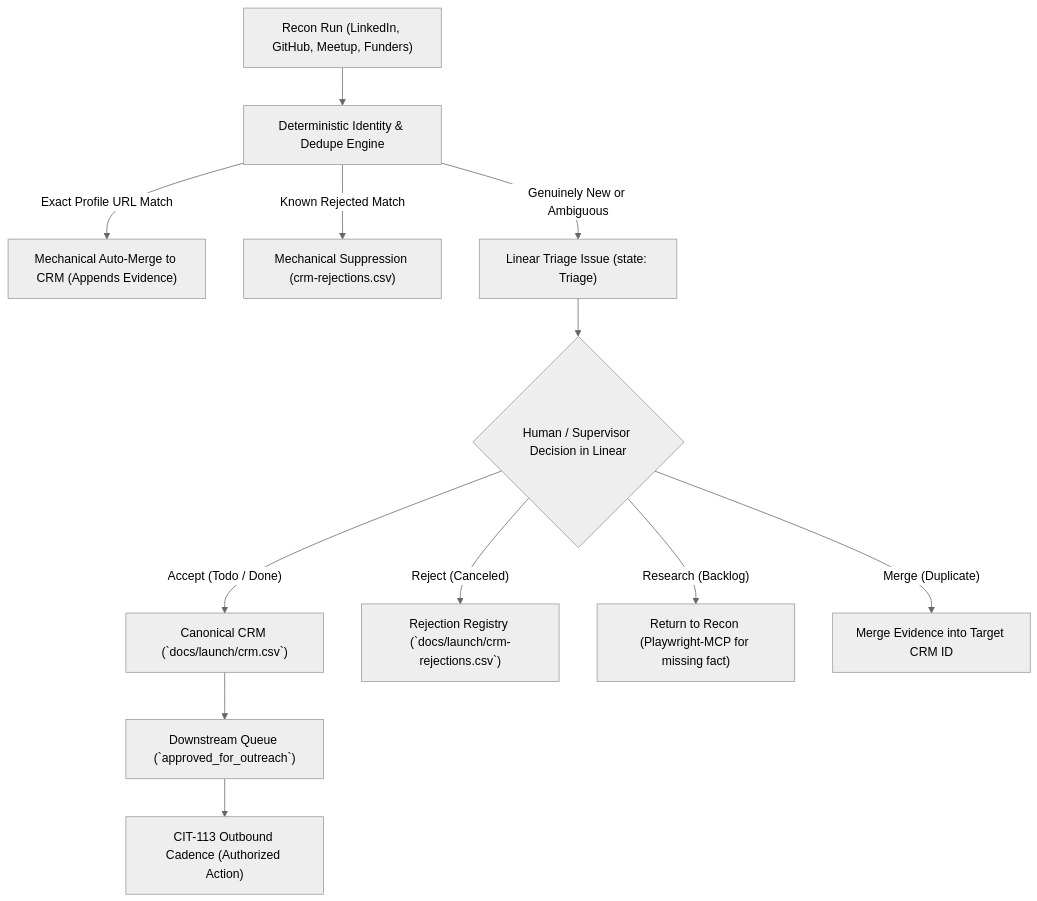
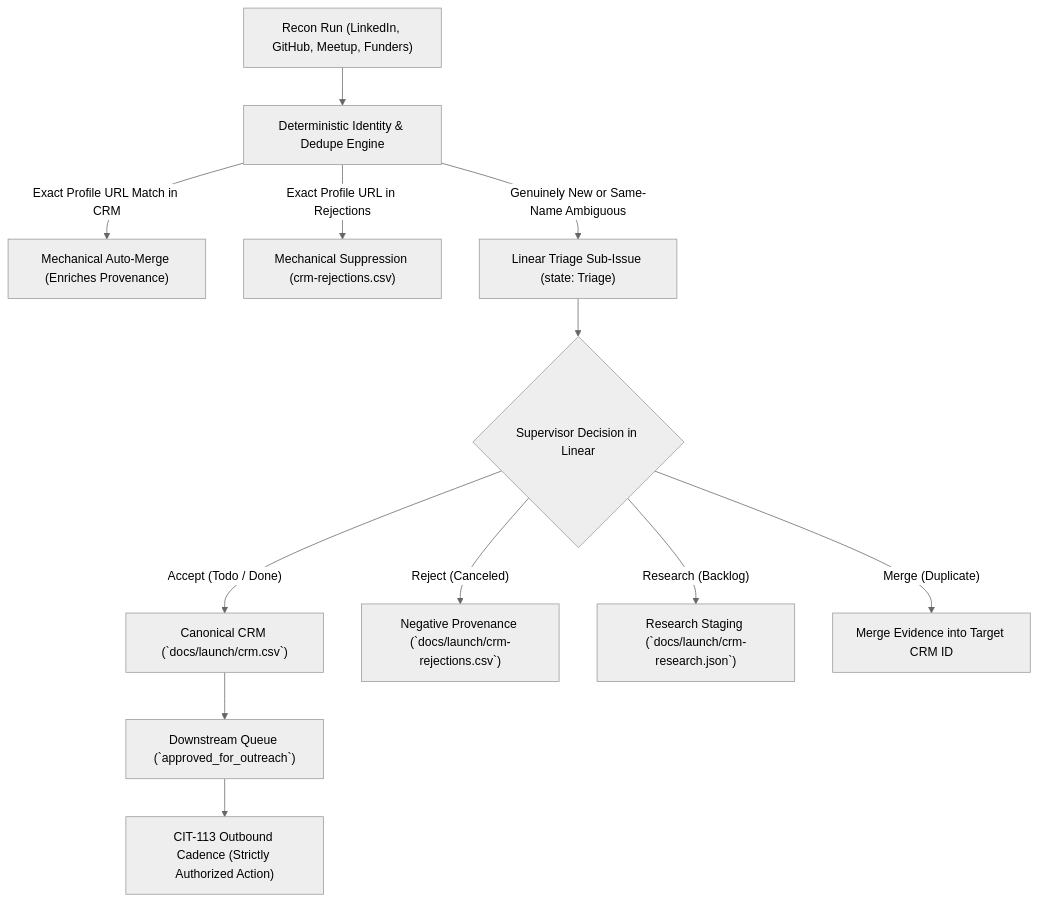
The diagram in docs/launch/recon-to-crm.md (null-hype/agent-plugins), drawn with Mermaid (neutral theme) before and after one commit. The commit also changed other lines of this file and 6 other files, not shown here.

First line of the commit message:
CIT-198: make Linear authoritative before CRM ingestion

````diff
--- a/docs/launch/recon-to-crm.md
+++ b/docs/launch/recon-to-crm.md
@@ -19,16 +23,16 @@
 ```mermaid
 flowchart TD
     A["Recon Run (LinkedIn, GitHub, Meetup, Funders)"] --> B["Deterministic Identity & Dedupe Engine"]
-    B -- "Exact Profile URL Match" --> C["Mechanical Auto-Merge to CRM (Appends Evidence)"]
-    B -- "Known Rejected Match" --> D["Mechanical Suppression (crm-rejections.csv)"]
-    B -- "Genuinely New or Ambiguous" --> E["Linear Triage Issue (state: Triage)"]
+    B -- "Exact Profile URL Match in CRM" --> C["Mechanical Auto-Merge (Enriches Provenance)"]
+    B -- "Exact Profile URL in Rejections" --> D["Mechanical Suppression (crm-rejections.csv)"]
+    B -- "Genuinely New or Same-Name Ambiguous" --> E["Linear Triage Sub-Issue (state: Triage)"]
     
-    E --> F{"Human / Supervisor Decision in Linear"}
+    E --> F{"Supervisor Decision in Linear"}
     F -- "Accept (Todo / Done)" --> G["Canonical CRM (`docs/launch/crm.csv`)"]
-    F -- "Reject (Canceled)" --> H["Rejection Registry (`docs/launch/crm-rejections.csv`)"]
-    F -- "Research (Backlog)" --> I["Return to Recon (Playwright-MCP for missing fact)"]
+    F -- "Reject (Canceled)" --> H["Negative Provenance (`docs/launch/crm-rejections.csv`)"]
+    F -- "Research (Backlog)" --> I["Research Staging (`docs/launch/crm-research.json`)"]
     F -- "Merge (Duplicate)" --> J["Merge Evidence into Target CRM ID"]
 
     G --> K["Downstream Queue (`approved_for_outreach`)"]
-    K --> L["CIT-113 Outbound Cadence (Authorized Action)"]
+    K --> L["CIT-113 Outbound Cadence (Strictly Authorized Action)"]
 ```
````
